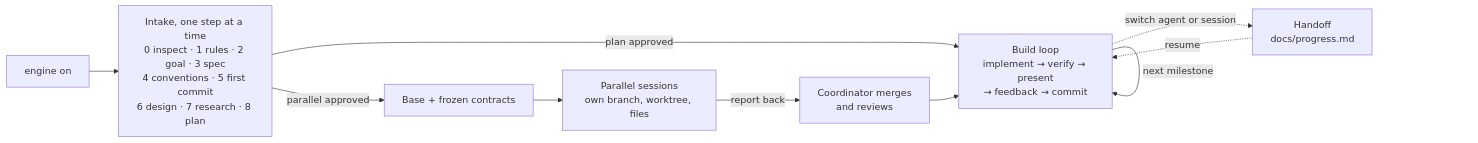
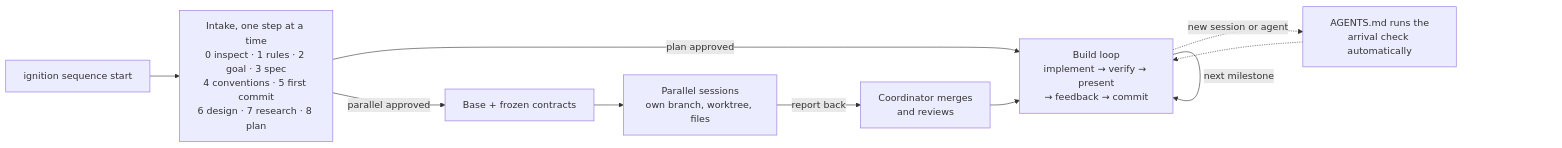
The diagram in README.md (imjustinliao/Skill-Engine-on), drawn with Mermaid before and after one commit. The commit also changed other lines of this file and 27 other files, not shown here.

Commit message:
0.2.0 - Rename to Ignition Sequence Start with cross-agent workflow coverage

````diff
--- a/README.md
+++ b/README.md
@@ -23,12 +21,12 @@
 ```mermaid
 flowchart LR
-    A["engine on"] --> B["Intake, one step at a time<br/>0 inspect · 1 rules · 2 goal · 3 spec<br/>4 conventions · 5 first commit<br/>6 design · 7 research · 8 plan"]
+    A["ignition sequence start"] --> B["Intake, one step at a time<br/>0 inspect · 1 rules · 2 goal · 3 spec<br/>4 conventions · 5 first commit<br/>6 design · 7 research · 8 plan"]
     B -->|plan approved| C["Build loop<br/>implement → verify → present<br/>→ feedback → commit"]
     C -->|next milestone| C
-    C -.->|"switch agent or session"| D["Handoff<br/>docs/progress.md"]
-    D -.->|resume| C
+    C -.->|"new session or agent"| D["AGENTS.md runs the<br/>arrival check automatically"]
+    D -.-> C
     B -->|"parallel approved"| E["Base + frozen contracts"]
     E --> F["Parallel sessions<br/>own branch, worktree, files"]
     F -->|"report back"| G["Coordinator merges<br/>and reviews"]
     G --> C
 ```
````
